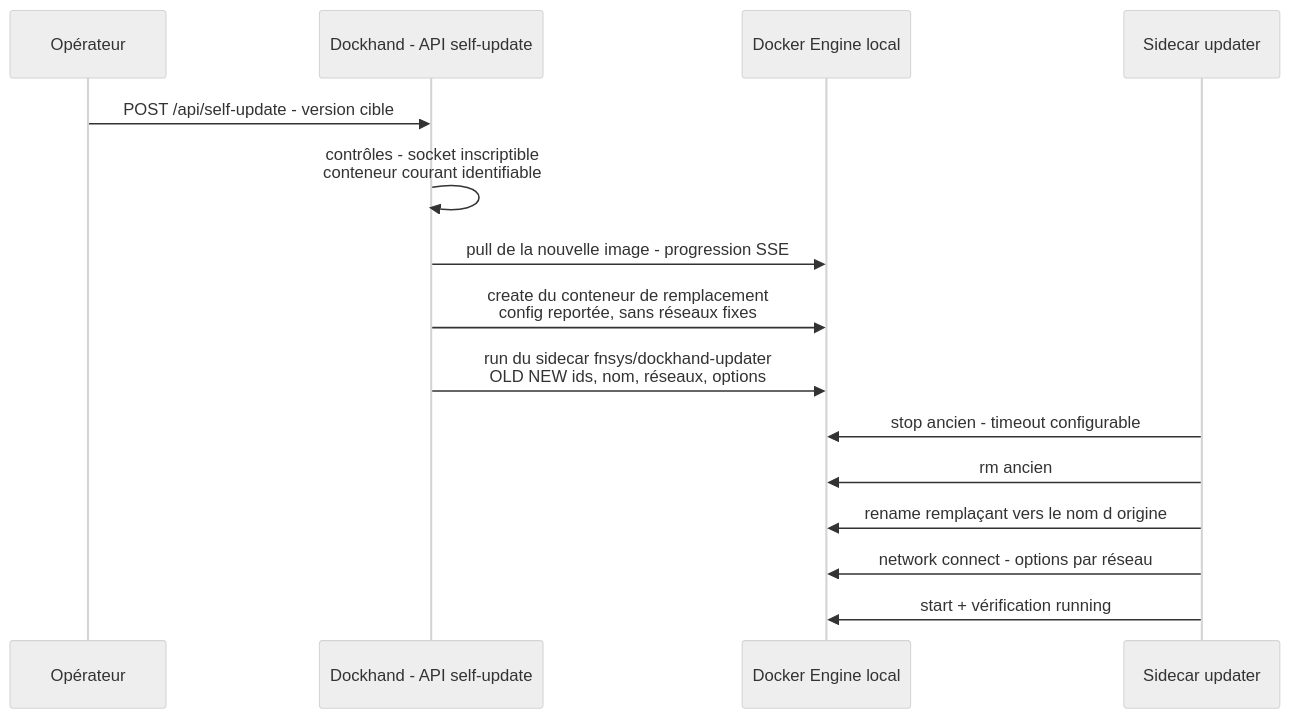
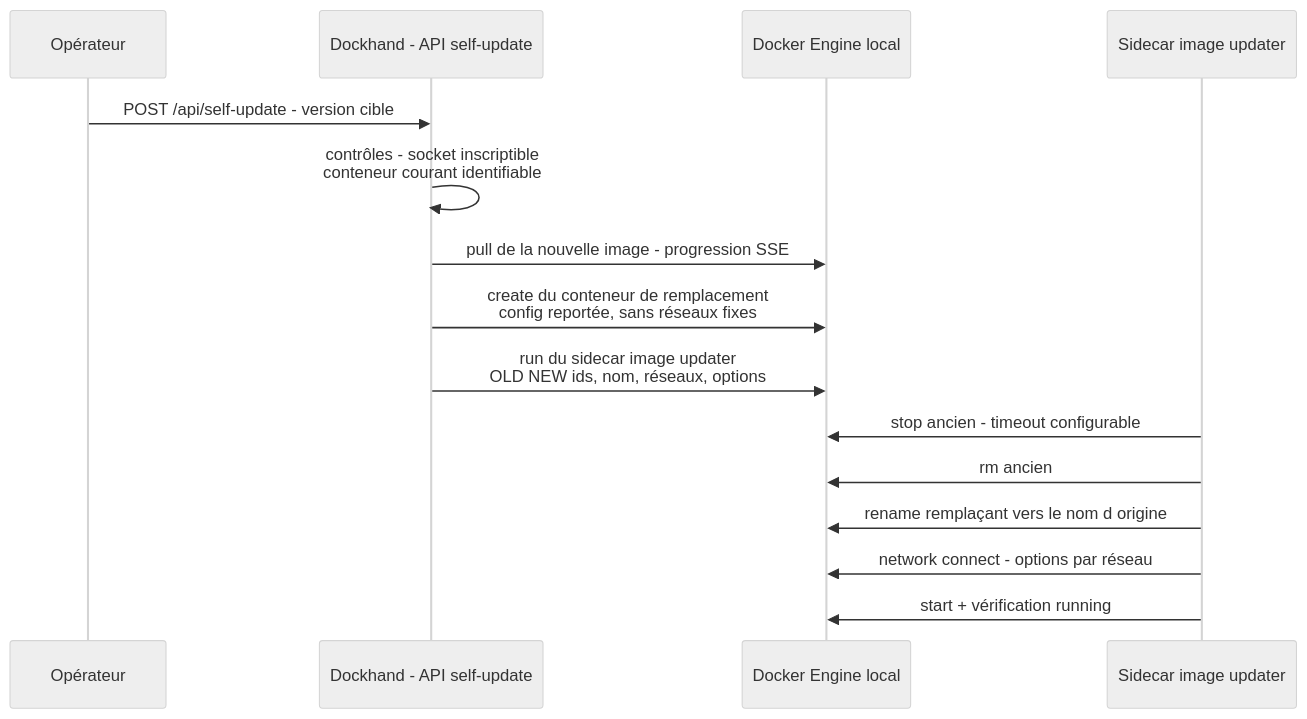
The second of 2 diagrams in docs/spec_dockhand_reference/15-administration-exploitation.md (stefapi/windflow), drawn with Mermaid (neutral theme) before and after one commit. The commit also changed other lines of this file and 15 other files, not shown here.

````diff
--- a/docs/spec_dockhand_reference/15-administration-exploitation.md
+++ b/docs/spec_dockhand_reference/15-administration-exploitation.md
@@ -289,18 +287,18 @@
 ```mermaid
 sequenceDiagram
     participant O as Opérateur
     participant S as Dockhand - API self-update
     participant D as Docker Engine local
-    participant U as Sidecar updater
+    participant U as Sidecar image updater
 
     O->>S: POST /api/self-update - version cible
     S->>S: contrôles - socket inscriptible<br/>conteneur courant identifiable
     S->>D: pull de la nouvelle image - progression SSE
     S->>D: create du conteneur de remplacement<br/>config reportée, sans réseaux fixes
-    S->>D: run du sidecar fnsys/dockhand-updater<br/>OLD NEW ids, nom, réseaux, options
+    S->>D: run du sidecar image updater<br/>OLD NEW ids, nom, réseaux, options
     U->>D: stop ancien - timeout configurable
     U->>D: rm ancien
     U->>D: rename remplaçant vers le nom d origine
     U->>D: network connect - options par réseau
     U->>D: start + vérification running
 ```
````
